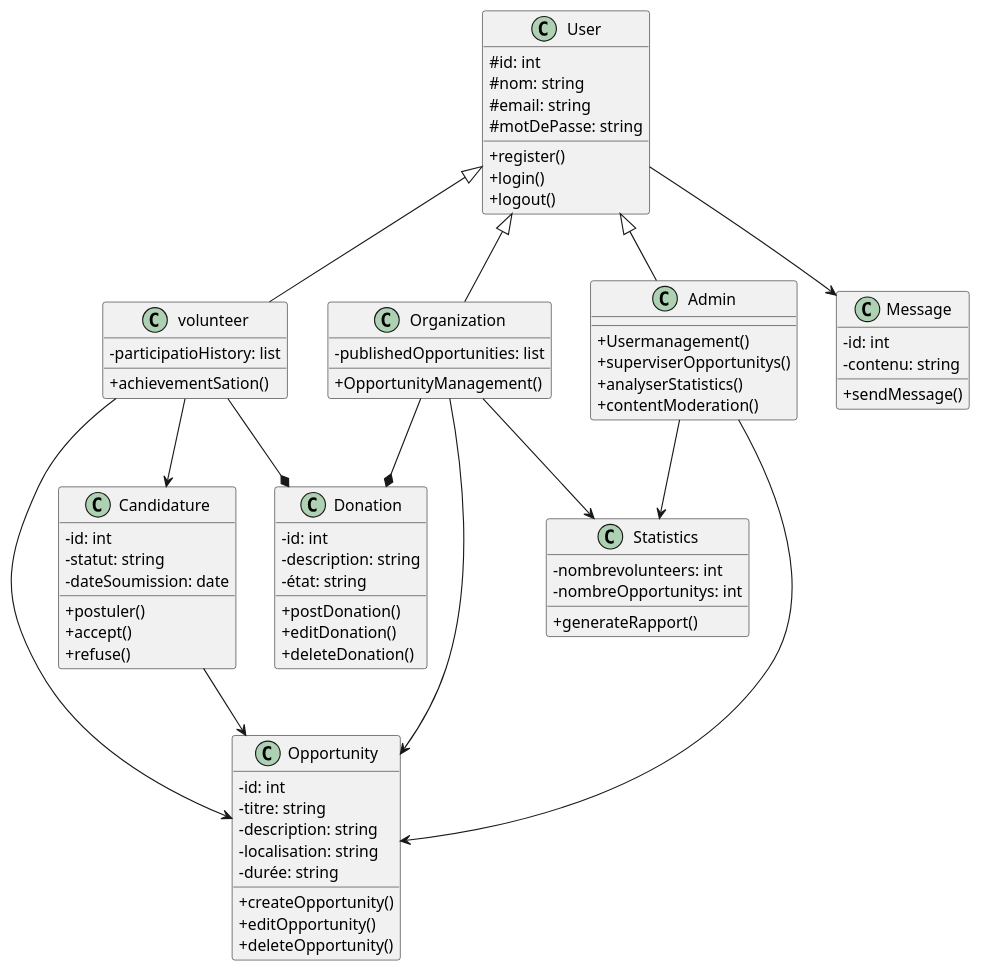
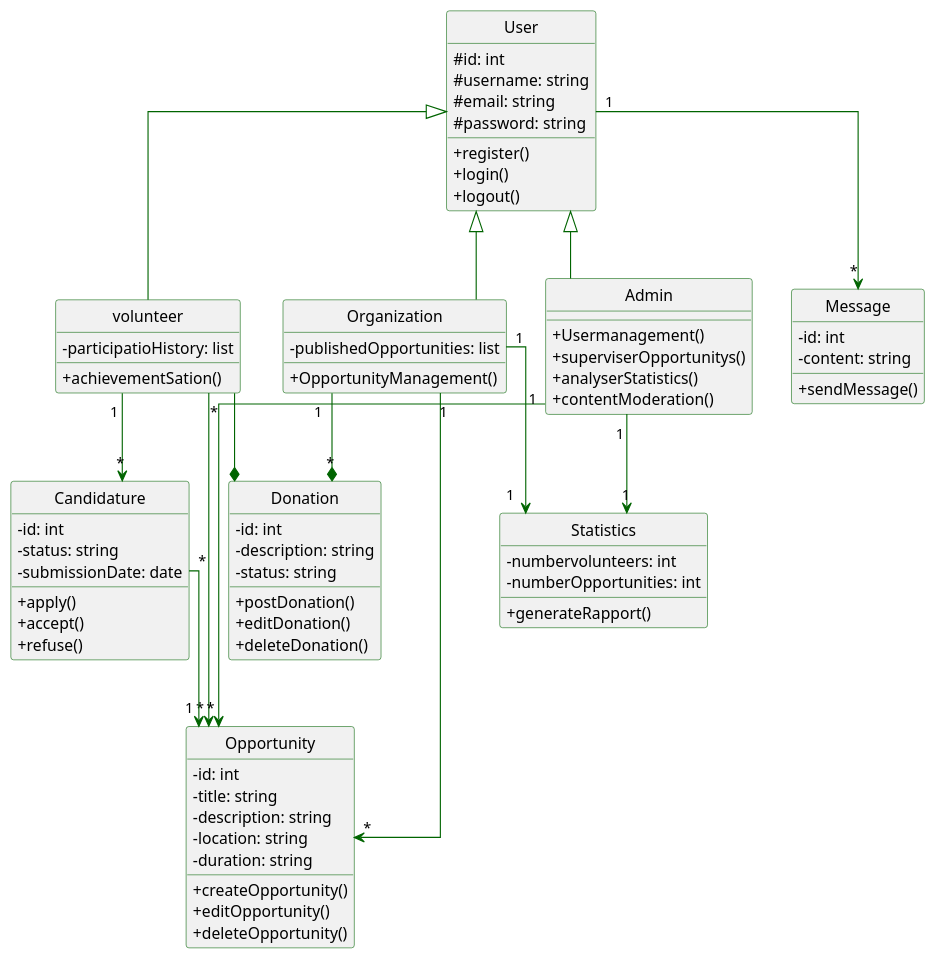
Before and after one commit to Ayoub-fetti/AtlasVolunteer: the diagram in UML/class.puml, drawn with PlantUML. The commit also changed 1 other file, not shown here.

```diff
--- a/UML/class.puml
+++ b/UML/class.puml
@@ -1,91 +1,99 @@
 @startuml class
+hide circle
 
 skinparam classAttributeIconSize 0
+skinparam Linetype ortho
+
+skinparam class {
+    ' BackgroundColor PaleGreen
+    BorderColor DarkGreen
+    ArrowColor DarkGreen
+}
 
 class User {
   #id: int
-  #nom: string
+  #username: string
   #email: string
-  #motDePasse: string
+  #password: string
   +register()
   +login()
   +logout()
 }
 
 class volunteer {
   -participatioHistory: list
   +achievementSation()
 }
 
 class Organization {
   -publishedOpportunities: list
   +OpportunityManagement()
 }
 
 class Admin {
   +Usermanagement()
   +superviserOpportunitys()
   +analyserStatistics()
   +contentModeration()
 }
 
 class Opportunity {
   -id: int
-  -titre: string
+  -title: string
   -description: string
-  -localisation: string
-  -durée: string
+  -location: string
+  -duration: string
   +createOpportunity()
   +editOpportunity()
   +deleteOpportunity()
 }
 
 class Candidature {
   -id: int
-  -statut: string
-  -dateSoumission: date
-  +postuler()
+  -status: string
+  -submissionDate: date
+  +apply()
   +accept()
   +refuse()
 }
 
 class Statistics {
-  -nombrevolunteers: int
-  -nombreOpportunitys: int
+  -numbervolunteers: int
+  -numberOpportunities: int
   +generateRapport()
 }
 
 class Message {
   -id: int
-  -contenu: string
+  -content: string
   +sendMessage()
 }
 
 class Donation {
   -id: int
   -description: string
-  -état: string
+  -status: string
   +postDonation()
   +editDonation()
   +deleteDonation()
 }
 
 User <|-- volunteer
 User <|-- Organization
 User <|-- Admin
-User --> Message 
+User "1" --> "*" Message 
 
 volunteer --* Donation 
-volunteer --> Candidature
-volunteer --> Opportunity 
+volunteer "1" --> "*" Candidature
+volunteer "*" --> "*" Opportunity 
 
-Organization --> Opportunity
-Organization --> Statistics 
-Organization --* Donation 
+Organization "1" --> "*" Opportunity
+Organization "1" --> "1" Statistics 
+Organization "1" --* "*" Donation 
 
-Admin --> Statistics  
-Admin --> Opportunity 
+Admin "1" --> "1" Statistics  
+Admin "1" --> "*" Opportunity 
 
-Candidature --> Opportunity
+Candidature "*" --> "1" Opportunity 
 
 @enduml
```
